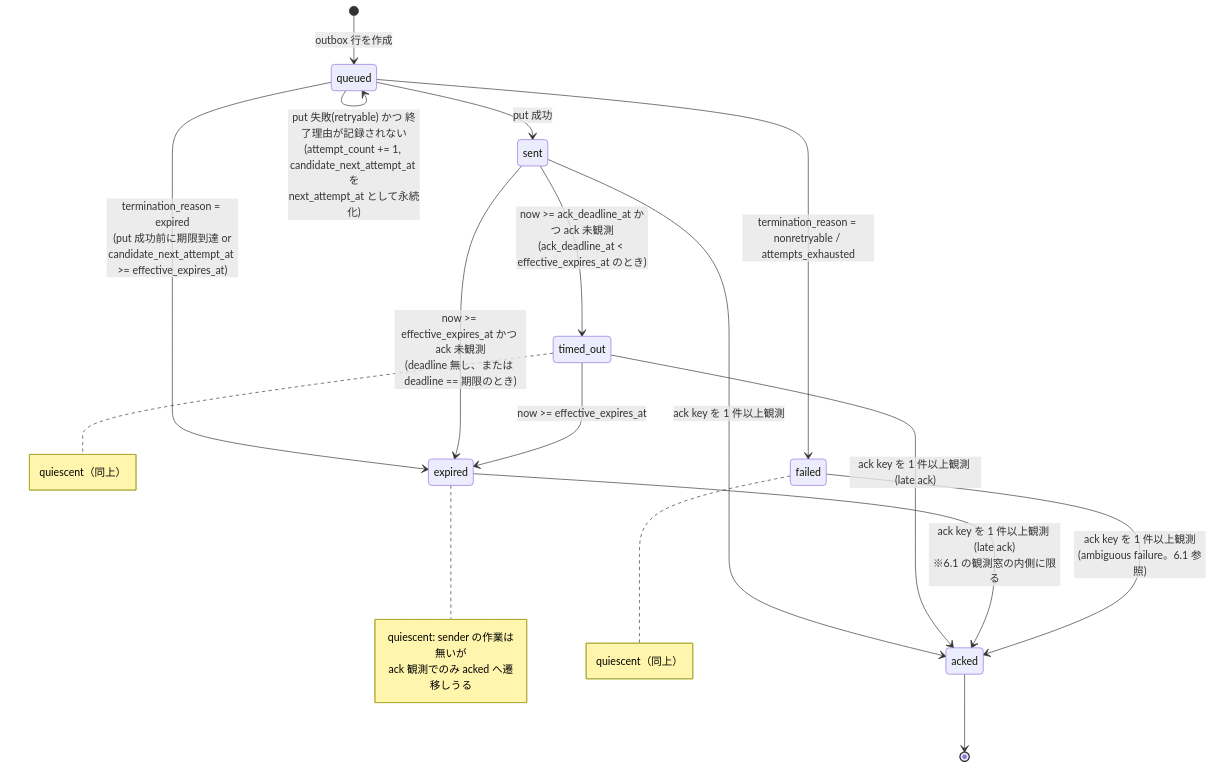
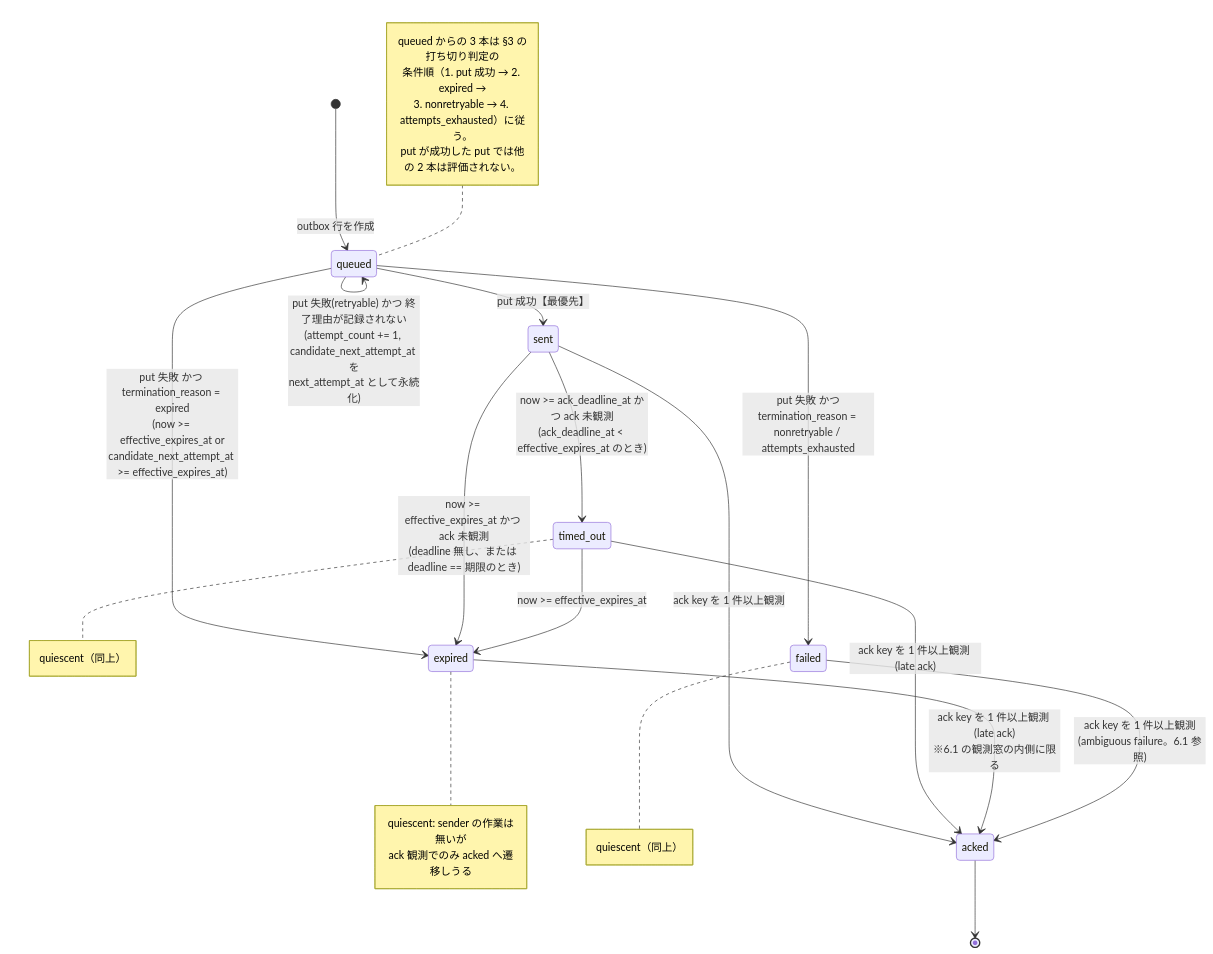
Before and after one commit to h-wata/kioku-mesh: the diagram in docs/design/0201-messaging-ack-timeout-policy.md, drawn with Mermaid. The commit also changed other lines of this file, not shown here.

````diff
--- a/docs/design/0201-messaging-ack-timeout-policy.md
+++ b/docs/design/0201-messaging-ack-timeout-policy.md
@@ -520,32 +583,38 @@
 ```mermaid
 stateDiagram-v2
     [*] --> queued: outbox 行を作成
 
     queued --> queued: put 失敗(retryable) かつ 終了理由が記録されない<br/>(attempt_count += 1, candidate_next_attempt_at を<br/>next_attempt_at として永続化)
-    queued --> sent: put 成功
-    queued --> failed: termination_reason = nonretryable / attempts_exhausted
-    queued --> expired: termination_reason = expired<br/>(put 成功前に期限到達 or<br/>candidate_next_attempt_at >= effective_expires_at)
+    queued --> sent: put 成功【最優先】
+    queued --> failed: put 失敗 かつ<br/>termination_reason = nonretryable / attempts_exhausted
+    queued --> expired: put 失敗 かつ termination_reason = expired<br/>(now >= effective_expires_at or<br/>candidate_next_attempt_at >= effective_expires_at)
 
     sent --> acked: ack key を 1 件以上観測
     sent --> timed_out: now >= ack_deadline_at かつ ack 未観測<br/>(ack_deadline_at < effective_expires_at のとき)
     sent --> expired: now >= effective_expires_at かつ ack 未観測<br/>(deadline 無し、または deadline == 期限のとき)
 
     timed_out --> acked: ack key を 1 件以上観測 (late ack)
     timed_out --> expired: now >= effective_expires_at
 
     expired --> acked: ack key を 1 件以上観測 (late ack)<br/>※6.1 の観測窓の内側に限る
     failed --> acked: ack key を 1 件以上観測<br/>(ambiguous failure。6.1 参照)
 
     acked --> [*]
 
     note right of expired
         quiescent: sender の作業は無いが
         ack 観測でのみ acked へ遷移しうる
     end note
     note right of timed_out
         quiescent（同上）
     end note
     note right of failed
         quiescent（同上）
     end note
+    note left of queued
+        queued からの 3 本は §3 の打ち切り判定の
+        条件順（1. put 成功 → 2. expired →
+        3. nonretryable → 4. attempts_exhausted）に従う。
+        put が成功した put では他の 2 本は評価されない。
+    end note
 ```
````
